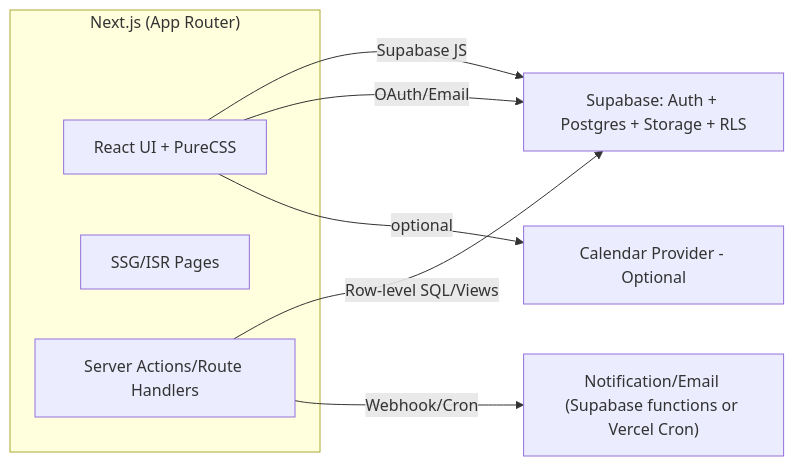
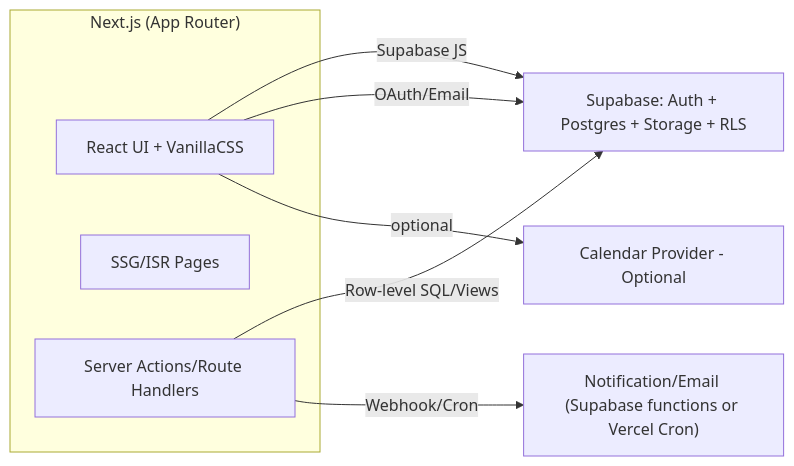
The diagram in README.md (FRONTENDBOOTCAMP-14th/react_project_1), drawn with Mermaid before and after one commit. The commit also changed other lines of this file and 3 other files, not shown here.

````diff
--- a/README.md
+++ b/README.md
@@ -50,18 +50,18 @@
 ```mermaid
 graph LR
   subgraph Client["Next.js (App Router)"]
-    UI[React UI + PureCSS]
+    UI[React UI + VanillaCSS]
     SSG[SSG/ISR Pages]
     API[Server Actions/Route Handlers]
   end
 
   Supa["Supabase: Auth + Postgres + Storage + RLS"]
   Noti["Notification/Email (Supabase functions or Vercel Cron)"]
   Cal["Calendar Provider - Optional"]
 
   UI -->|Supabase JS| Supa
   API -->|Row-level SQL/Views| Supa
   API -->|Webhook/Cron| Noti
   UI -->|OAuth/Email| Supa
   UI -- optional --> Cal
 ```
````
